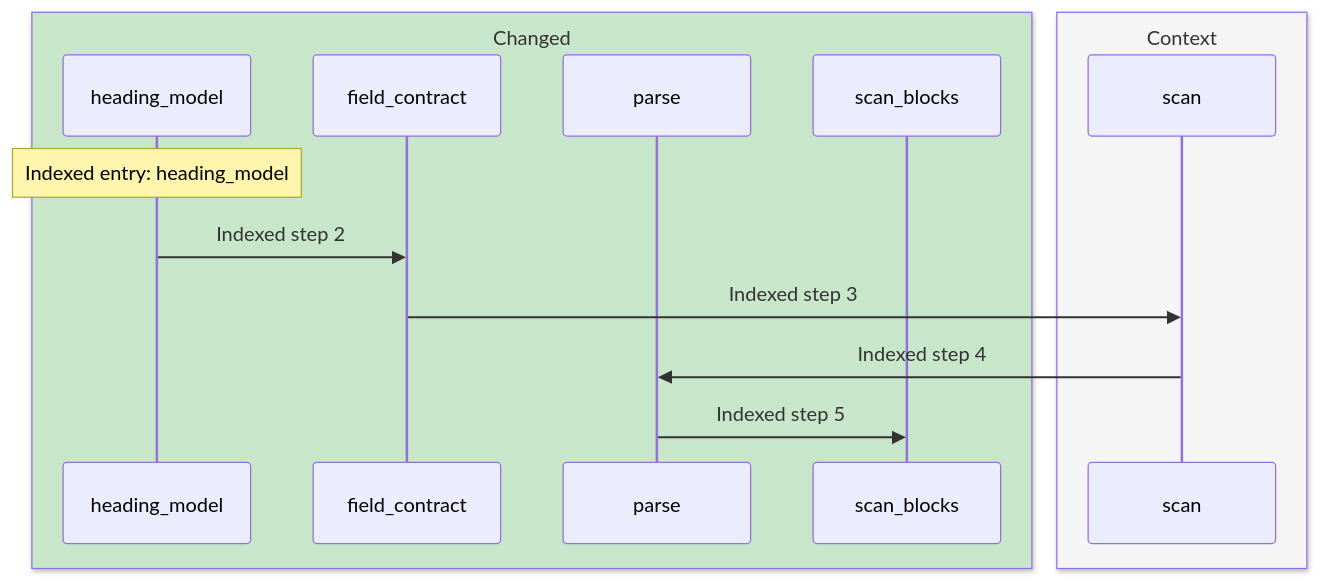
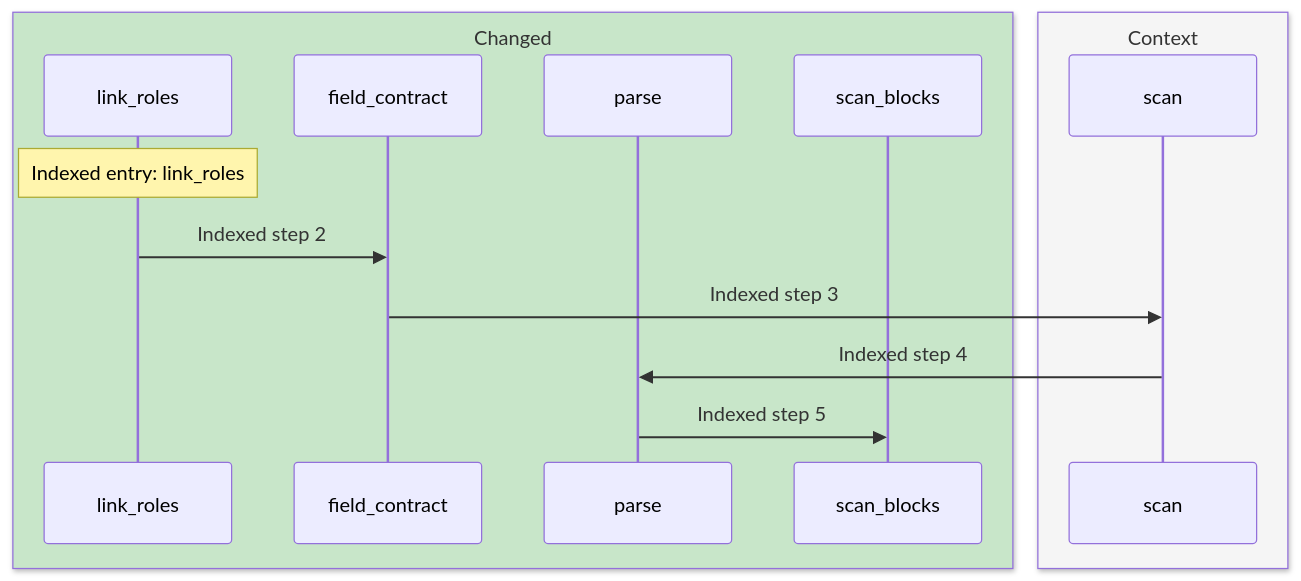
Before and after one commit to m2ux/workflow-server: diagram 20 of 37 in artifacts/planning/2026-11-05-1597-next-delivery/integration-flow-atlas.md, drawn with Mermaid. The commit also changed other lines of this file and 24 other files, not shown here.

````diff
--- a/artifacts/planning/2026-11-05-1597-next-delivery/integration-flow-atlas.md
+++ b/artifacts/planning/2026-11-05-1597-next-delivery/integration-flow-atlas.md
@@ -465,17 +624,17 @@
 ```mermaid
 sequenceDiagram
     box rgb(200,230,201) Changed
-    participant P0 as heading_model
+    participant P0 as link_roles
     participant P1 as field_contract
     participant P3 as parse
     participant P4 as scan_blocks
     end
     box rgb(245,245,245) Context
     participant P2 as scan
     end
-    Note over P0: Indexed entry: heading_model
+    Note over P0: Indexed entry: link_roles
     P0->>P1: Indexed step 2
     P1->>P2: Indexed step 3
     P2->>P3: Indexed step 4
     P3->>P4: Indexed step 5
 ```
````
